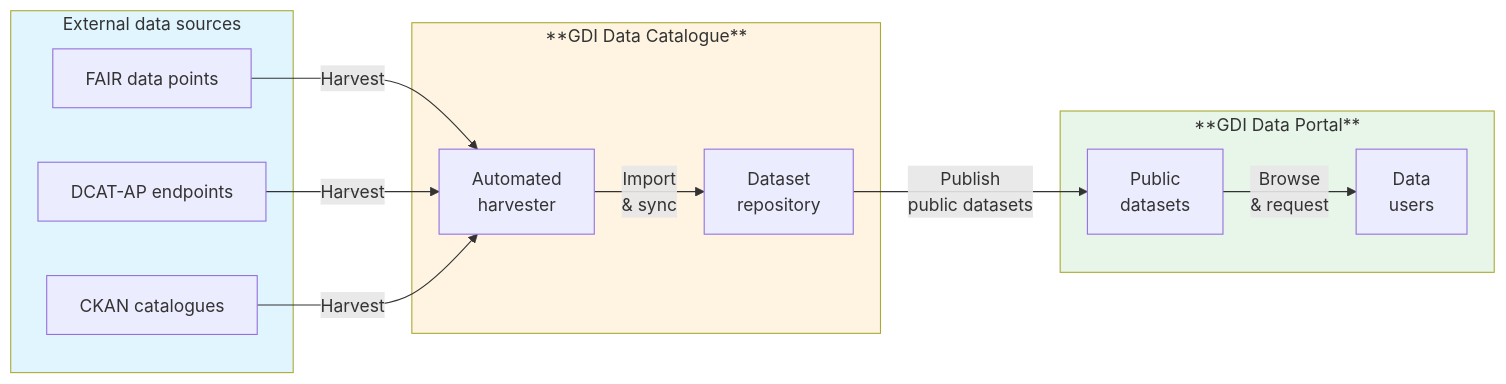
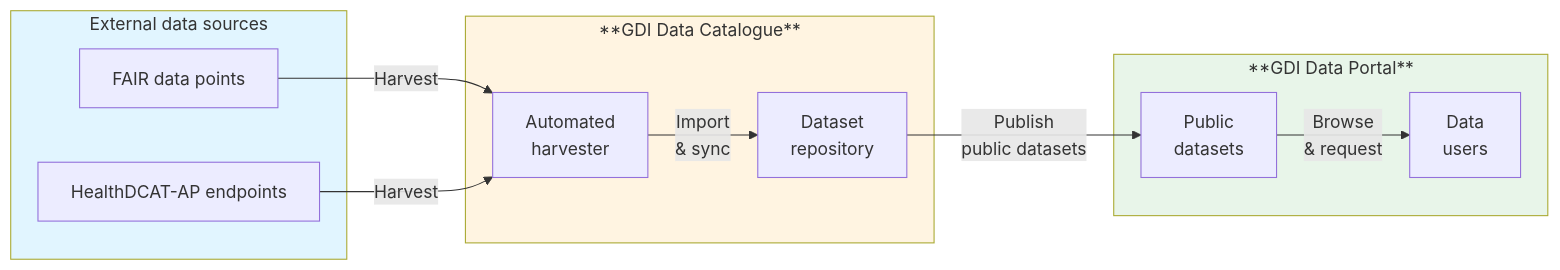
One commit to GenomicDataInfrastructure/gdi-userportal-frontend changed the diagram in documentation/docs/catalogue-managers-guide/about-harvesting.md. Above: the diagram before and after it, drawn with Mermaid. The commit also changed other lines of this file and 17 other files, not shown here.

````diff
--- a/documentation/docs/catalogue-managers-guide/about-harvesting.md
+++ b/documentation/docs/catalogue-managers-guide/about-harvesting.md
@@ -28,30 +28,28 @@
 ```mermaid
 flowchart LR
     subgraph sources["External data sources"]
         fdp["FAIR data points"]
-        dcat["DCAT-AP endpoints"]
-        ckan["CKAN catalogues"]
+        dcat["HealthDCAT-AP endpoints"]
     end
 
     subgraph catalogue["**GDI Data Catalogue**"]
         harvester["Automated <br/>harvester"]
         datasets["Dataset <br/>repository"]
     end
 
     subgraph portal["**GDI Data Portal**"]
         public["Public <br/>datasets"]
         users["Data <br/>users"]
     end
 
     fdp -->|Harvest| harvester
     dcat -->|Harvest| harvester
-    ckan -->|Harvest| harvester
 
     harvester -->|Import <br/>& sync| datasets
     datasets -->|Publish <br/> public datasets| public
     public -->|Browse <br/>& request| users
 
     style sources fill:#e1f5ff
     style catalogue fill:#fff4e1
     style portal fill:#e8f5e9
 ```
````
